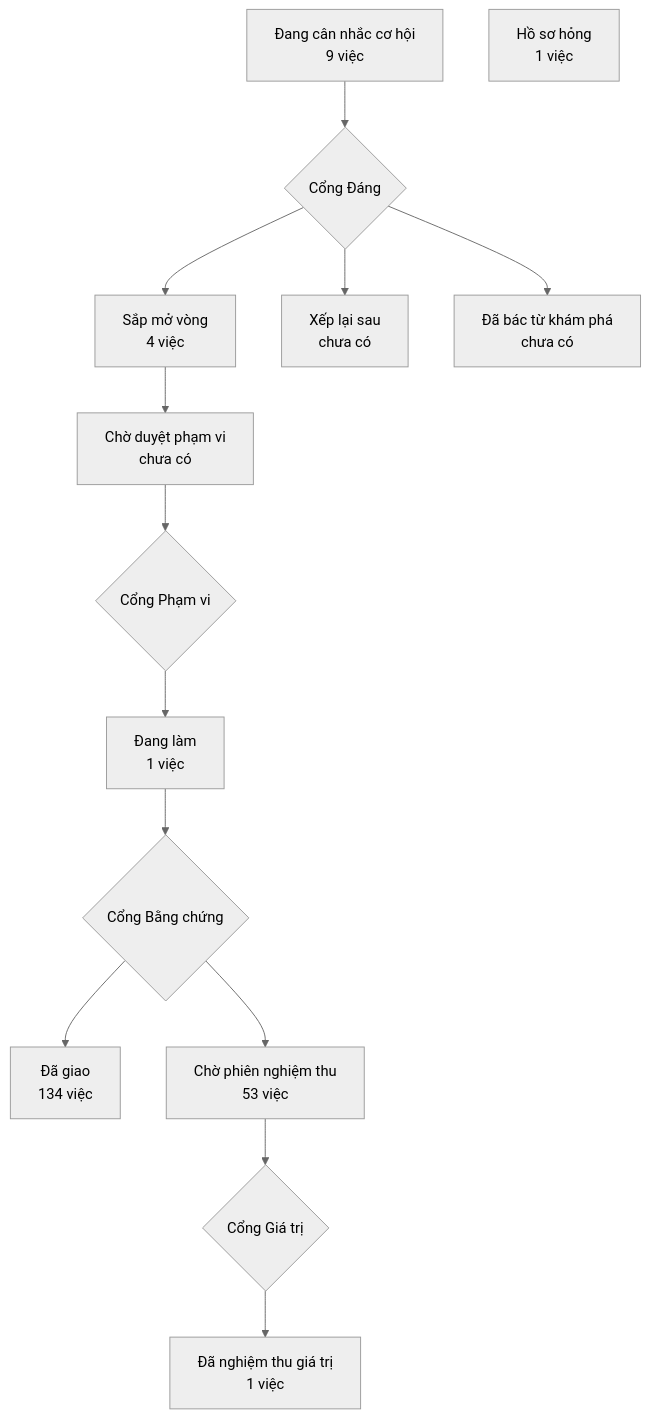
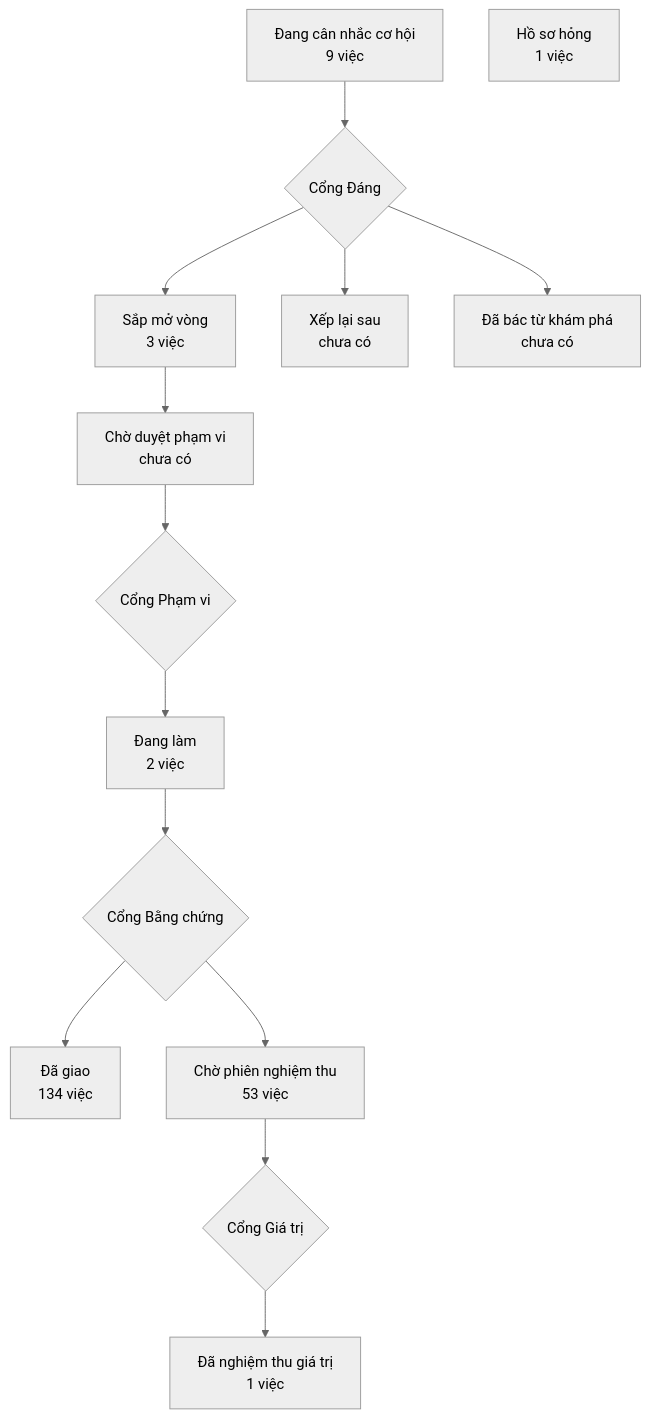
The diagram in PRODUCT-MAP.md (phanlemanh/crm-onehub), drawn with Mermaid (neutral theme) before and after one commit.

Commit message:
docs: vẽ lại bản đồ sau khi chốt phạm vi trang-lo-trinh-trong-crm

````diff
--- a/PRODUCT-MAP.md
+++ b/PRODUCT-MAP.md
@@ -7,13 +7,13 @@
 ```mermaid
 flowchart TD
   A["Đang cân nhắc cơ hội<br/>9 việc"] --> GD{"Cổng Đáng"}
-  GD --> B["Sắp mở vòng<br/>4 việc"]
+  GD --> B["Sắp mở vòng<br/>3 việc"]
   GD --> XL["Xếp lại sau<br/>chưa có"]
   GD --> DB["Đã bác từ khám phá<br/>chưa có"]
   B --> CD["Chờ duyệt phạm vi<br/>chưa có"] --> GP{"Cổng Phạm vi"}
-  GP --> DL["Đang làm<br/>1 việc"] --> GB{"Cổng Bằng chứng"}
+  GP --> DL["Đang làm<br/>2 việc"] --> GB{"Cổng Bằng chứng"}
   GB --> DG["Đã giao<br/>134 việc"]
   GB --> CN["Chờ phiên nghiệm thu<br/>53 việc"] --> GG{"Cổng Giá trị"}
   GG --> NT["Đã nghiệm thu giá trị<br/>1 việc"]
   HS["Hồ sơ hỏng<br/>1 việc"]
 ```
````
